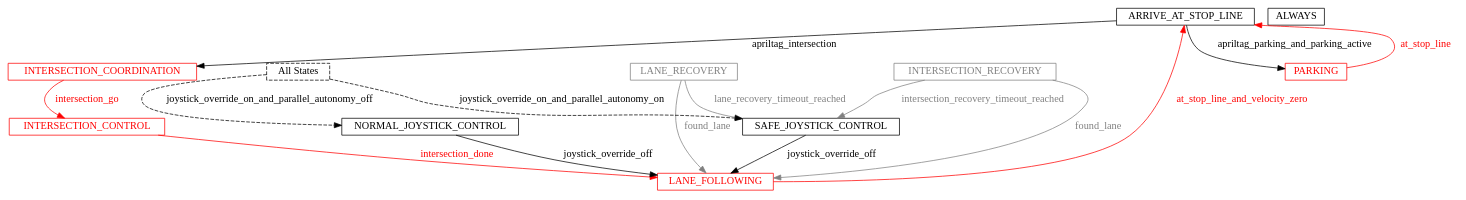
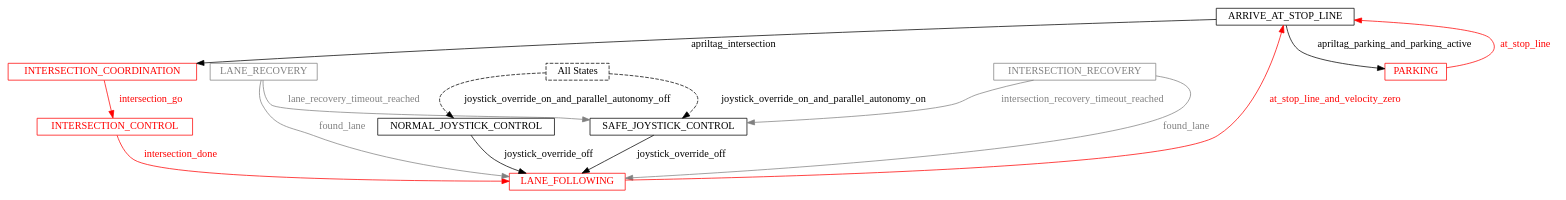
The diagram in catkin_ws/src/00-infrastructure/ros_diagram/fsm_default.dot (spadma3/duck), drawn with Graphviz before and after one commit. The commit also changed 5 other files, not shown here.

```diff
--- a/catkin_ws/src/00-infrastructure/ros_diagram/fsm_default.dot
+++ b/catkin_ws/src/00-infrastructure/ros_diagram/fsm_default.dot
@@ -1,29 +1,28 @@
 // default.yaml
 digraph {
 	node [height=.1 shape=record]
 	ARRIVE_AT_STOP_LINE [label=ARRIVE_AT_STOP_LINE color=black fontcolor=black]
 	INTERSECTION_CONTROL [label=INTERSECTION_CONTROL color=red fontcolor=red]
 	INTERSECTION_COORDINATION [label=INTERSECTION_COORDINATION color=red fontcolor=red]
-	ALWAYS [label=ALWAYS]
+	LANE_RECOVERY [label=LANE_RECOVERY color=gray fontcolor=gray]
 	NORMAL_JOYSTICK_CONTROL [label=NORMAL_JOYSTICK_CONTROL color=black fontcolor=black]
 	SAFE_JOYSTICK_CONTROL [label=SAFE_JOYSTICK_CONTROL color=black fontcolor=black]
-	LANE_RECOVERY [label=LANE_RECOVERY color=gray fontcolor=gray]
 	INTERSECTION_RECOVERY [label=INTERSECTION_RECOVERY color=gray fontcolor=gray]
 	PARKING [label=PARKING color=red fontcolor=red]
 	LANE_FOLLOWING [label=LANE_FOLLOWING color=red fontcolor=red]
 	ARRIVE_AT_STOP_LINE -> PARKING [label=apriltag_parking_and_parking_active color=black fontcolor=black]
 	ARRIVE_AT_STOP_LINE -> INTERSECTION_COORDINATION [label=apriltag_intersection color=black fontcolor=black]
 	INTERSECTION_CONTROL -> LANE_FOLLOWING [label=intersection_done color=red fontcolor=red]
 	INTERSECTION_COORDINATION -> INTERSECTION_CONTROL [label=intersection_go color=red fontcolor=red]
+	LANE_RECOVERY -> SAFE_JOYSTICK_CONTROL [label=lane_recovery_timeout_reached color=gray fontcolor=gray]
+	LANE_RECOVERY -> LANE_FOLLOWING [label=found_lane color=gray fontcolor=gray]
 	NORMAL_JOYSTICK_CONTROL -> LANE_FOLLOWING [label=joystick_override_off color=black fontcolor=black]
 	SAFE_JOYSTICK_CONTROL -> LANE_FOLLOWING [label=joystick_override_off color=black fontcolor=black]
-	LANE_RECOVERY -> SAFE_JOYSTICK_CONTROL [label=lane_recovery_timeout_reached color=gray fontcolor=gray]
-	LANE_RECOVERY -> LANE_FOLLOWING [label=found_lane color=gray fontcolor=gray]
 	INTERSECTION_RECOVERY -> SAFE_JOYSTICK_CONTROL [label=intersection_recovery_timeout_reached color=gray fontcolor=gray]
 	INTERSECTION_RECOVERY -> LANE_FOLLOWING [label=found_lane color=gray fontcolor=gray]
 	PARKING -> ARRIVE_AT_STOP_LINE [label=at_stop_line color=red fontcolor=red]
 	LANE_FOLLOWING -> ARRIVE_AT_STOP_LINE [label=at_stop_line_and_velocity_zero color=red fontcolor=red]
 	ALL_STATES [label="All States" style=dashed]
 	ALL_STATES -> NORMAL_JOYSTICK_CONTROL [label=joystick_override_on_and_parallel_autonomy_off concentrate=false style=dashed]
 	ALL_STATES -> SAFE_JOYSTICK_CONTROL [label=joystick_override_on_and_parallel_autonomy_on concentrate=false style=dashed]
 }
```
